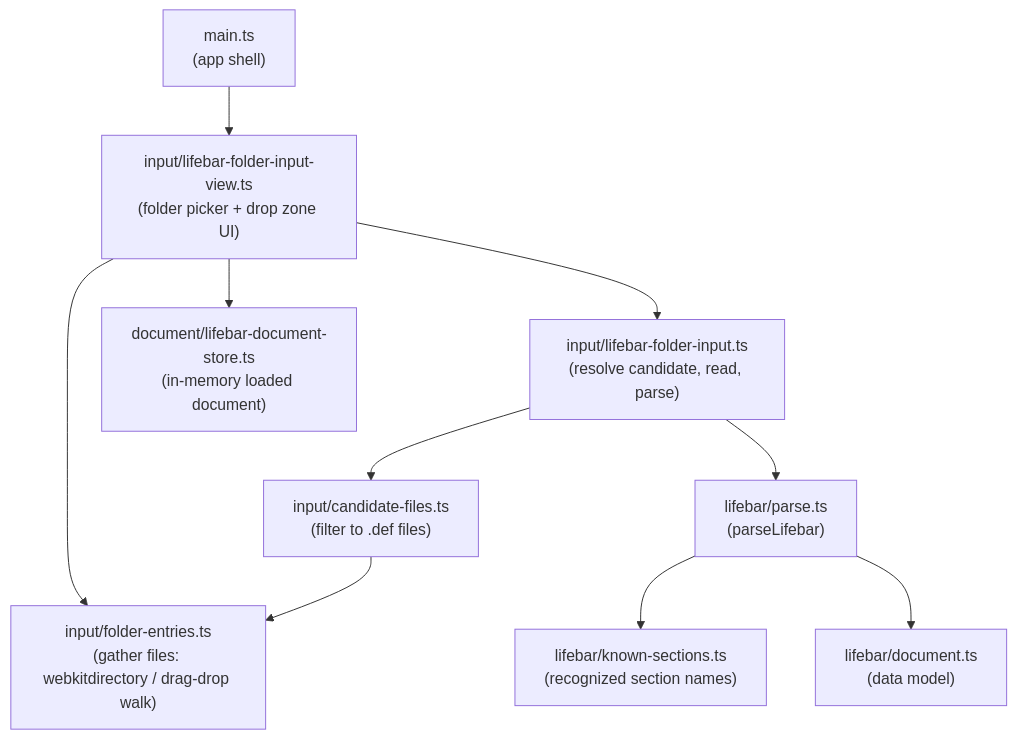
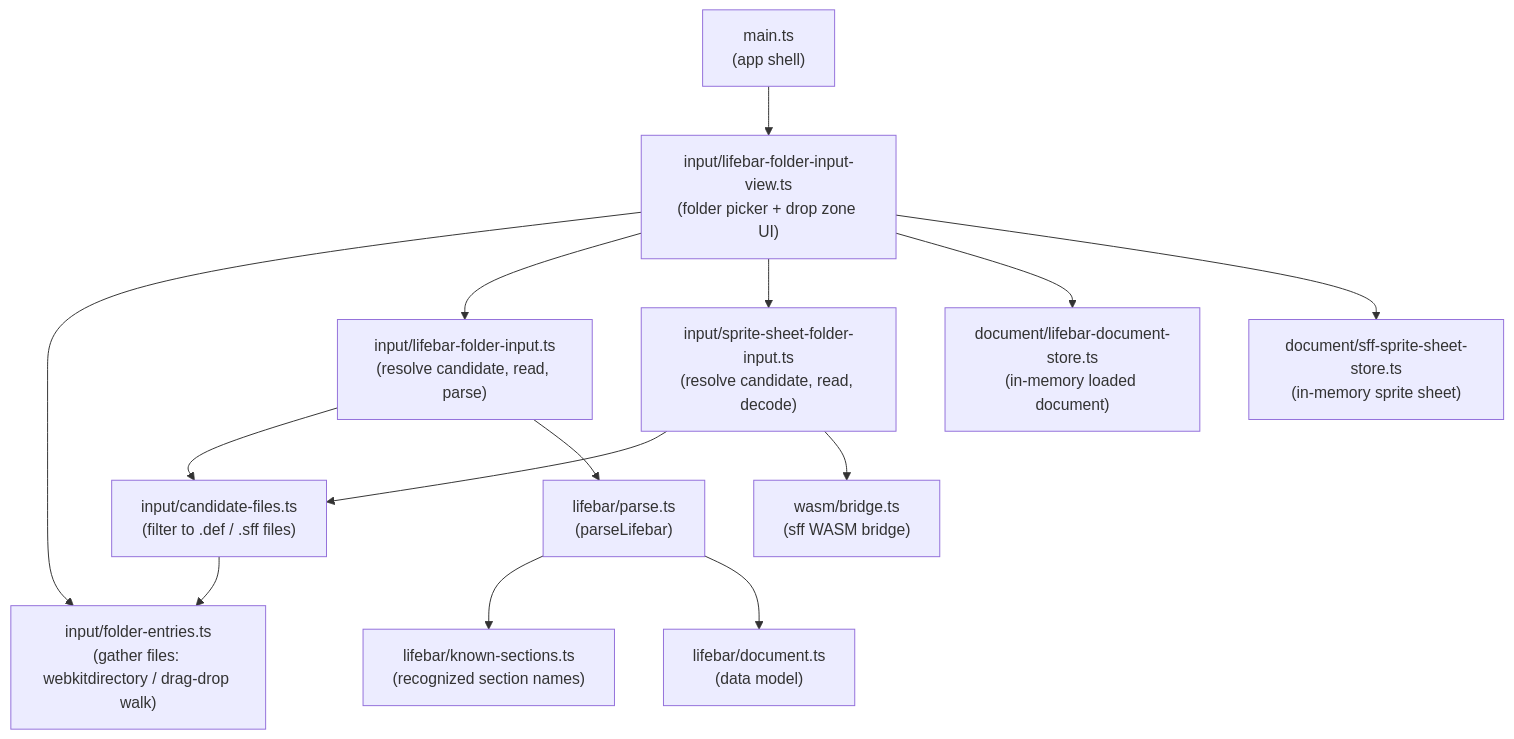
One commit to openkakutou/lifebar-viewer-web changed the first of 3 diagrams in docs/architecture.md. Above: the diagram before and after it, drawn with Mermaid. The commit also changed other lines of this file and 28 other files, not shown here.

First line of the commit message:
feat: resolve and decode a lifebar's sprite sheet automatically

````diff
--- a/docs/architecture.md
+++ b/docs/architecture.md
@@ -7,22 +7,29 @@
 ```mermaid
 flowchart TD
     view["input/lifebar-folder-input-view.ts\n(folder picker + drop zone UI)"]
     entries["input/folder-entries.ts\n(gather files: webkitdirectory / drag-drop walk)"]
-    candidates["input/candidate-files.ts\n(filter to .def files)"]
+    candidates["input/candidate-files.ts\n(filter to .def / .sff files)"]
     orchestration["input/lifebar-folder-input.ts\n(resolve candidate, read, parse)"]
+    sheetOrchestration["input/sprite-sheet-folder-input.ts\n(resolve candidate, read, decode)"]
     parse["lifebar/parse.ts\n(parseLifebar)"]
     known["lifebar/known-sections.ts\n(recognized section names)"]
     document["lifebar/document.ts\n(data model)"]
     store["document/lifebar-document-store.ts\n(in-memory loaded document)"]
+    sheetStore["document/sff-sprite-sheet-store.ts\n(in-memory sprite sheet)"]
+    wasm["wasm/bridge.ts\n(sff WASM bridge)"]
     main["main.ts\n(app shell)"]
 
     main --> view
     view --> entries
     view --> orchestration
+    view --> sheetOrchestration
     orchestration --> candidates
+    sheetOrchestration --> candidates
     candidates --> entries
     orchestration --> parse
     parse --> known
     parse --> document
+    sheetOrchestration --> wasm
     view --> store
+    view --> sheetStore
 ```
````
